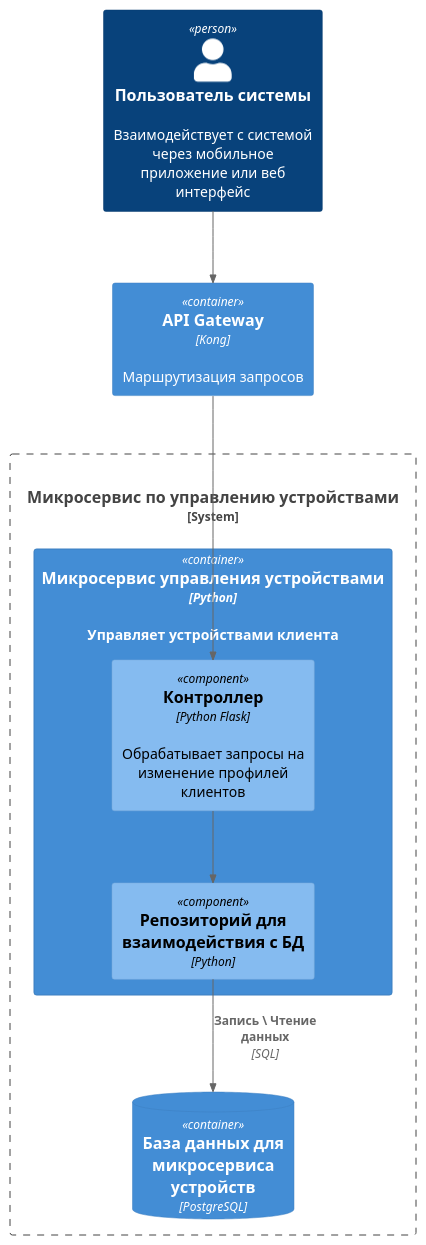
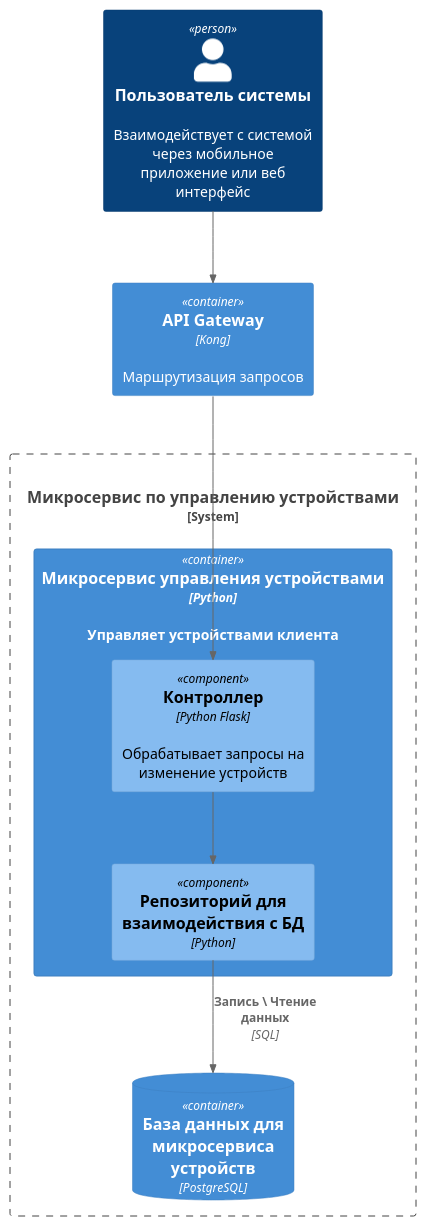
One commit to VZMDeadAngel/architecture-sprint-3 changed the diagram in diagrams/components2.puml. Above: the diagram before and after it, drawn with PlantUML. The commit also changed 15 other files, not shown here.

```diff
--- a/diagrams/components2.puml
+++ b/diagrams/components2.puml
@@ -1,22 +1,21 @@
 @startuml
 !include https://raw.githubusercontent.com/plantuml-stdlib/C4-PlantUML/master/C4_Component.puml
 
 Person(user, "Пользователь системы", "Взаимодействует с системой через мобильное приложение или веб интерфейс")
 Container(gateway, "API Gateway", "Kong", "Маршрутизация запросов")
 
-System_Boundary(clients, "Микросервис по управлению устройствами", "Python") {
+System_Boundary(current, "Микросервис по управлению устройствами", "Python") {
     Container(devices, "Микросервис управления устройствами", "Python", "Управляет устройствами клиента") {
-        Component(devicesController, "Контроллер", "Python Flask", "Обрабатывает запросы на изменение профилей клиентов")
+        Component(devicesController, "Контроллер", "Python Flask", "Обрабатывает запросы на изменение устройств")
         Component(devicesDBLayer, "Репозиторий для взаимодействия с БД", "Python", "")
     }
     ContainerDb(db_devices, "База данных для микросервиса устройств", "PostgreSQL")
 }
 
 Rel(user, gateway, "")
 
 Rel(gateway, devicesController, "")
 Rel(devicesController, devicesDBLayer, "")
 Rel(devicesDBLayer, db_devices, "Запись \ Чтение данных", "SQL")
 
-
 @enduml
```
